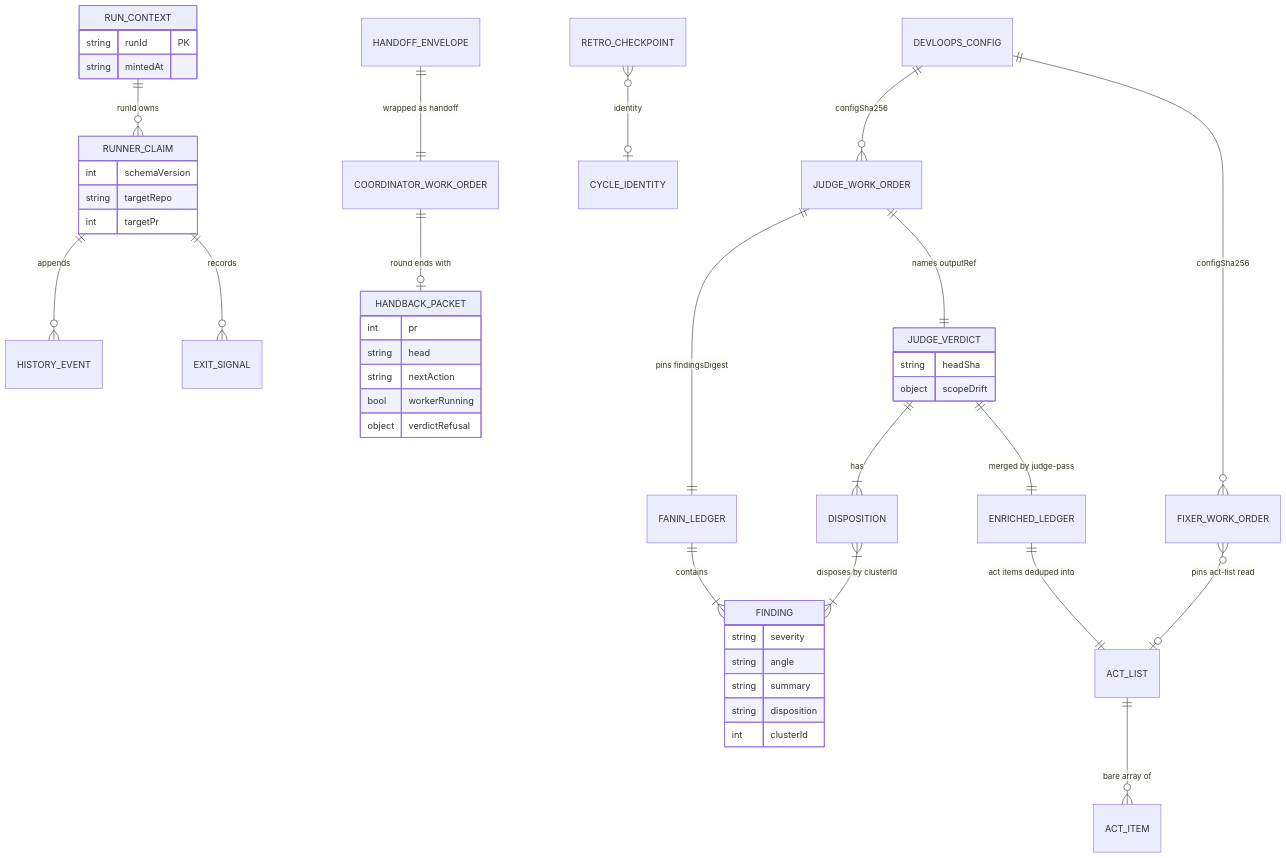
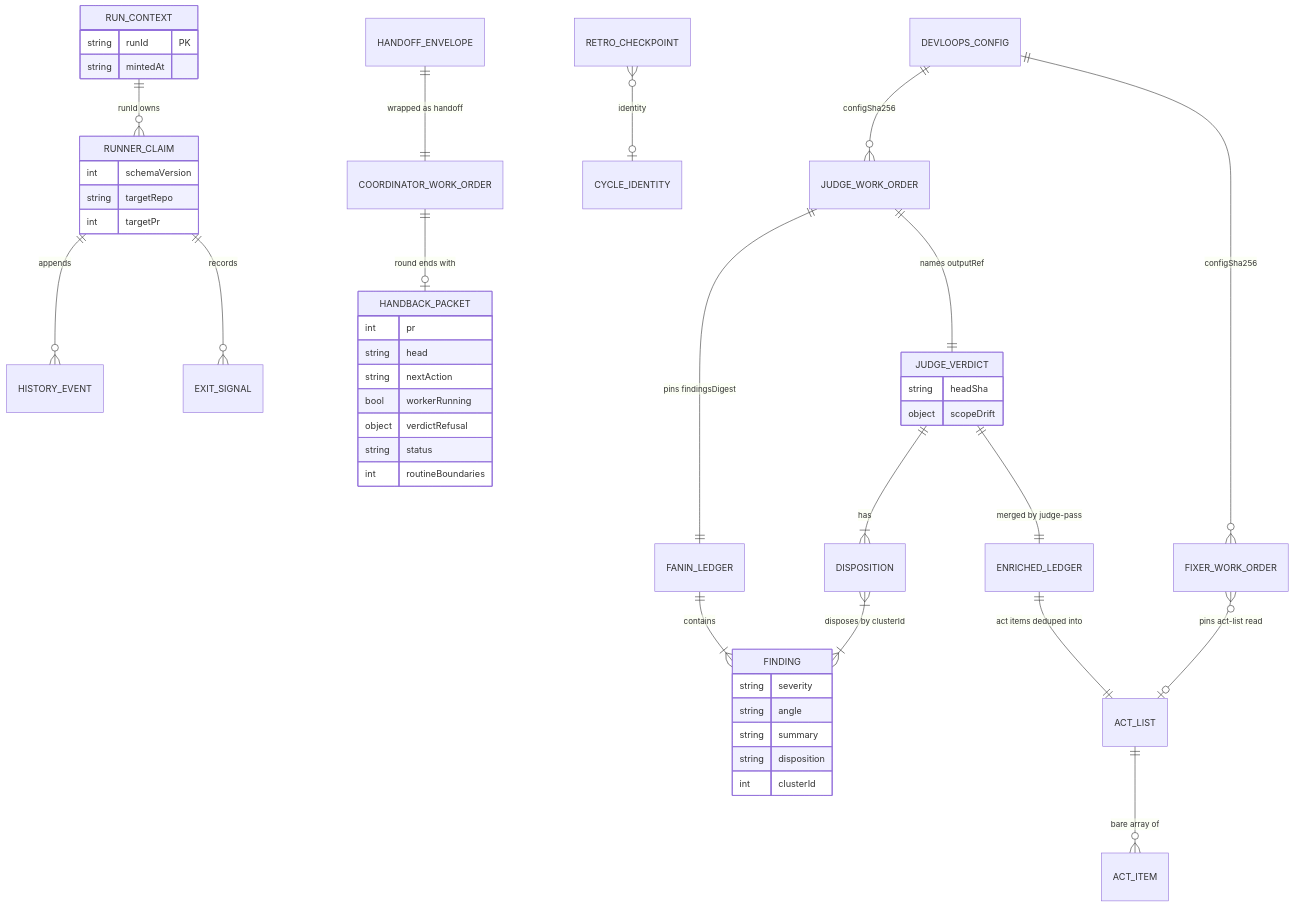
One commit to mfittko/dev-loops changed the first of 13 diagrams in docs/atlas/02-data-model.md. Above: the diagram before and after it, drawn with Mermaid. The commit also changed other lines of this file and 6 other files, not shown here.

Commit message:
fix(gate): a null or empty status counts as missing and the routine_boundary recovery names --repo

````diff
--- a/docs/atlas/02-data-model.md
+++ b/docs/atlas/02-data-model.md
@@ -21,47 +21,49 @@
 ```mermaid
 erDiagram
     RUN_CONTEXT ||--o{ RUNNER_CLAIM : "runId owns"
     RUNNER_CLAIM ||--o{ HISTORY_EVENT : appends
     RUNNER_CLAIM ||--o{ EXIT_SIGNAL : records
     HANDOFF_ENVELOPE ||--|| COORDINATOR_WORK_ORDER : "wrapped as handoff"
     COORDINATOR_WORK_ORDER ||--o| HANDBACK_PACKET : "round ends with"
     FANIN_LEDGER ||--|{ FINDING : contains
     JUDGE_WORK_ORDER ||--|| FANIN_LEDGER : "pins findingsDigest"
     JUDGE_WORK_ORDER ||--|| JUDGE_VERDICT : "names outputRef"
     JUDGE_VERDICT ||--|{ DISPOSITION : has
     DISPOSITION }|--|{ FINDING : "disposes by clusterId"
     JUDGE_VERDICT ||--|| ENRICHED_LEDGER : "merged by judge-pass"
     ENRICHED_LEDGER ||--|| ACT_LIST : "act items deduped into"
     ACT_LIST ||--o{ ACT_ITEM : "bare array of"
     FIXER_WORK_ORDER }o--o| ACT_LIST : "pins act-list read"
     RETRO_CHECKPOINT }o--o| CYCLE_IDENTITY : "identity"
     DEVLOOPS_CONFIG ||--o{ JUDGE_WORK_ORDER : "configSha256"
     DEVLOOPS_CONFIG ||--o{ FIXER_WORK_ORDER : "configSha256"
     RUN_CONTEXT {
         string runId PK
         string mintedAt
     }
     RUNNER_CLAIM {
         int schemaVersion
         string targetRepo
         int targetPr
     }
     FINDING {
         string severity
         string angle
         string summary
         string disposition
         int clusterId
     }
     JUDGE_VERDICT {
         string headSha
         object scopeDrift
     }
     HANDBACK_PACKET {
         int pr
         string head
         string nextAction
         bool workerRunning
         object verdictRefusal
+        string status
+        int routineBoundaries
     }
 ```
````
